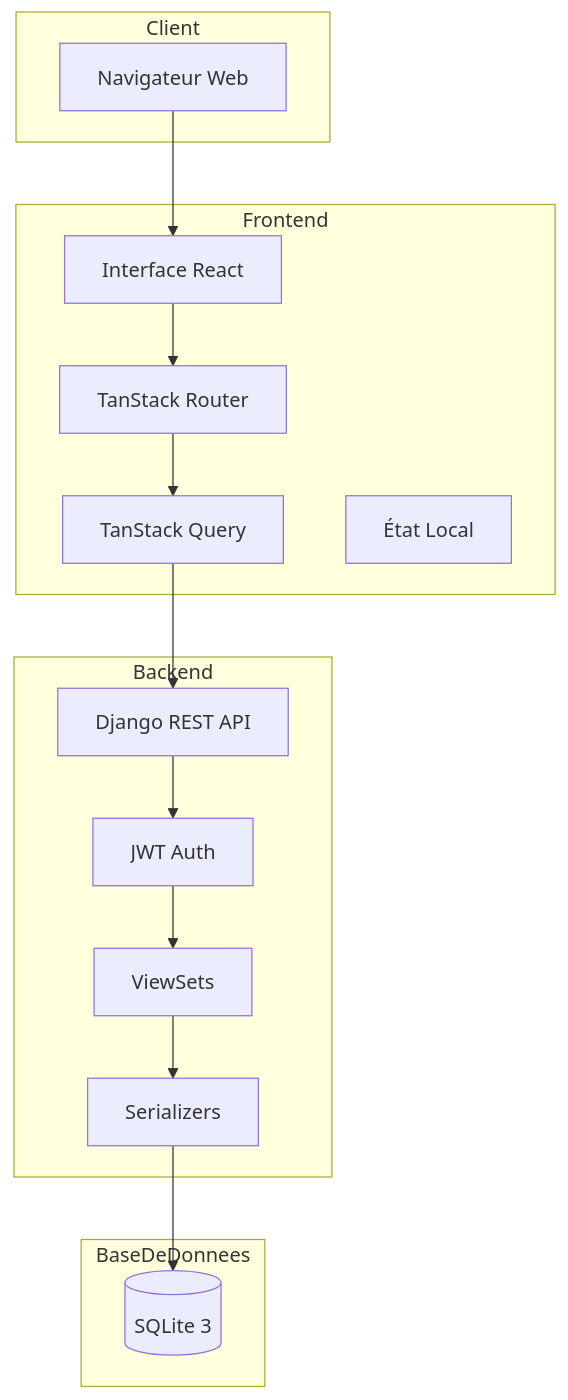
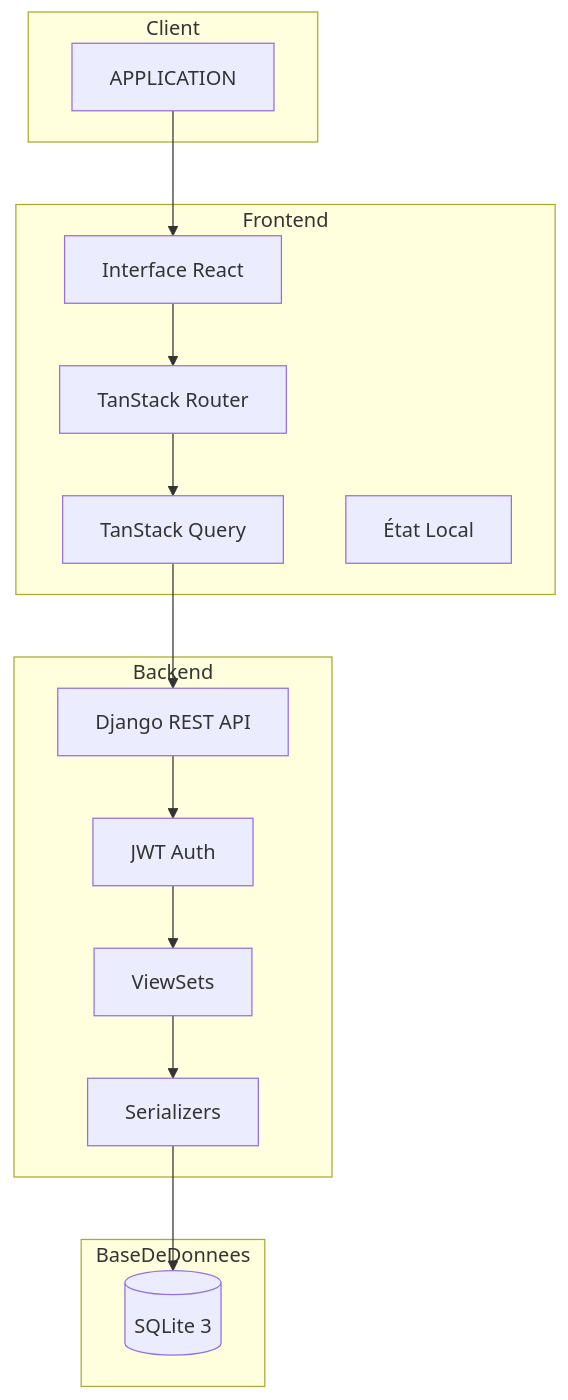
The third of 7 diagrams in docs/presentation.md (Miloua91/GDS), drawn with Mermaid before and after one commit.

````diff
--- a/docs/presentation.md
+++ b/docs/presentation.md
@@ -276,33 +276,33 @@
 ```mermaid
 graph TB
     subgraph Client
-        Browser[Navigateur Web]
+        APP[APPLICATION]
     end
 
     subgraph Frontend
         UI[Interface React]
         Router[ TanStack Router]
         Query[ TanStack Query]
         State[État Local]
     end
 
     subgraph Backend
         API[Django REST API]
         Auth[ JWT Auth]
         Views[ ViewSets]
         Serial[ Serializers]
     end
 
     subgraph BaseDeDonnees
         SQLite[(SQLite 3)]
     end
 
-    Browser --> UI
+    APP --> UI
     UI --> Router
     Router --> Query
     Query --> API
     API --> Auth
     Auth --> Views
     Views --> Serial
     Serial --> SQLite
 ```
````
